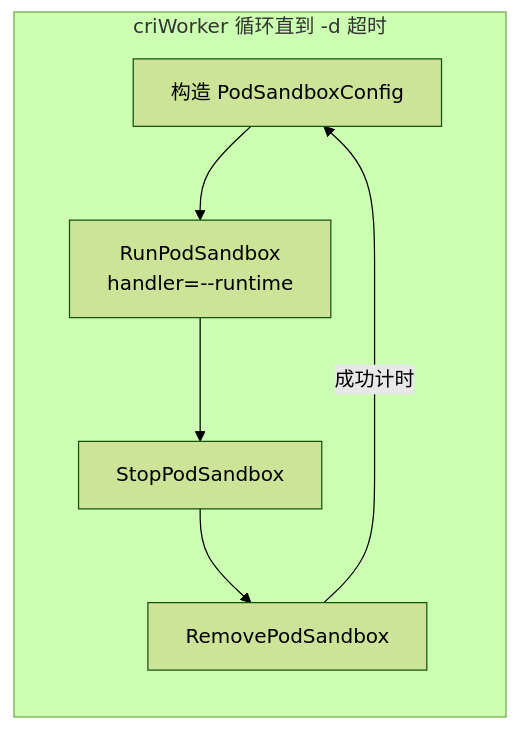
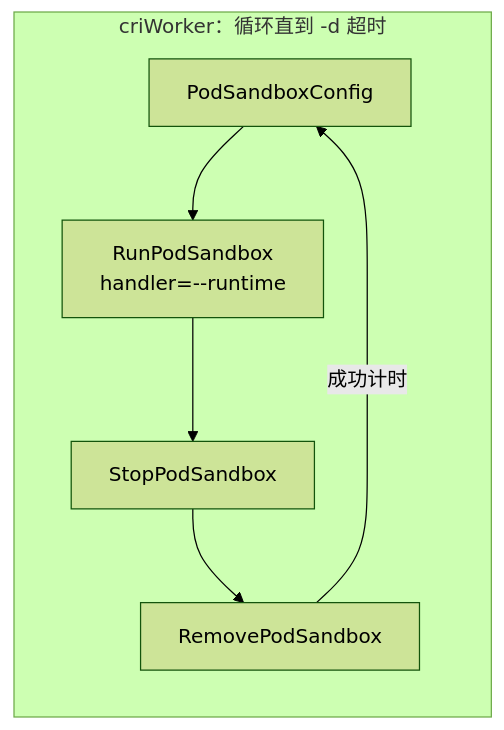
The third of 4 diagrams in doc/containerd-built-in-stress-tools.md (tremblingHands/test_sandbox), drawn with Mermaid (forest theme) before and after one commit. The commit also changed other lines of this file, not shown here.

````diff
--- a/doc/containerd-built-in-stress-tools.md
+++ b/doc/containerd-built-in-stress-tools.md
@@ -63,9 +214,9 @@
 ```mermaid
 flowchart LR
-  subgraph cri循环["criWorker 循环直到 -d 超时"]
-    C1[构造 PodSandboxConfig] --> C2[RunPodSandbox<br/>handler=--runtime]
-    C2 --> C3[StopPodSandbox]
-    C3 --> C4[RemovePodSandbox]
+  subgraph iter["criWorker：循环直到 -d 超时"]
+    A[PodSandboxConfig] --> B[RunPodSandbox<br/>handler=--runtime]
+    B --> C[StopPodSandbox]
+    C --> D[RemovePodSandbox]
   end
-  C4 -->|成功计时| C1
+  D -->|成功计时| A
 ```
````
